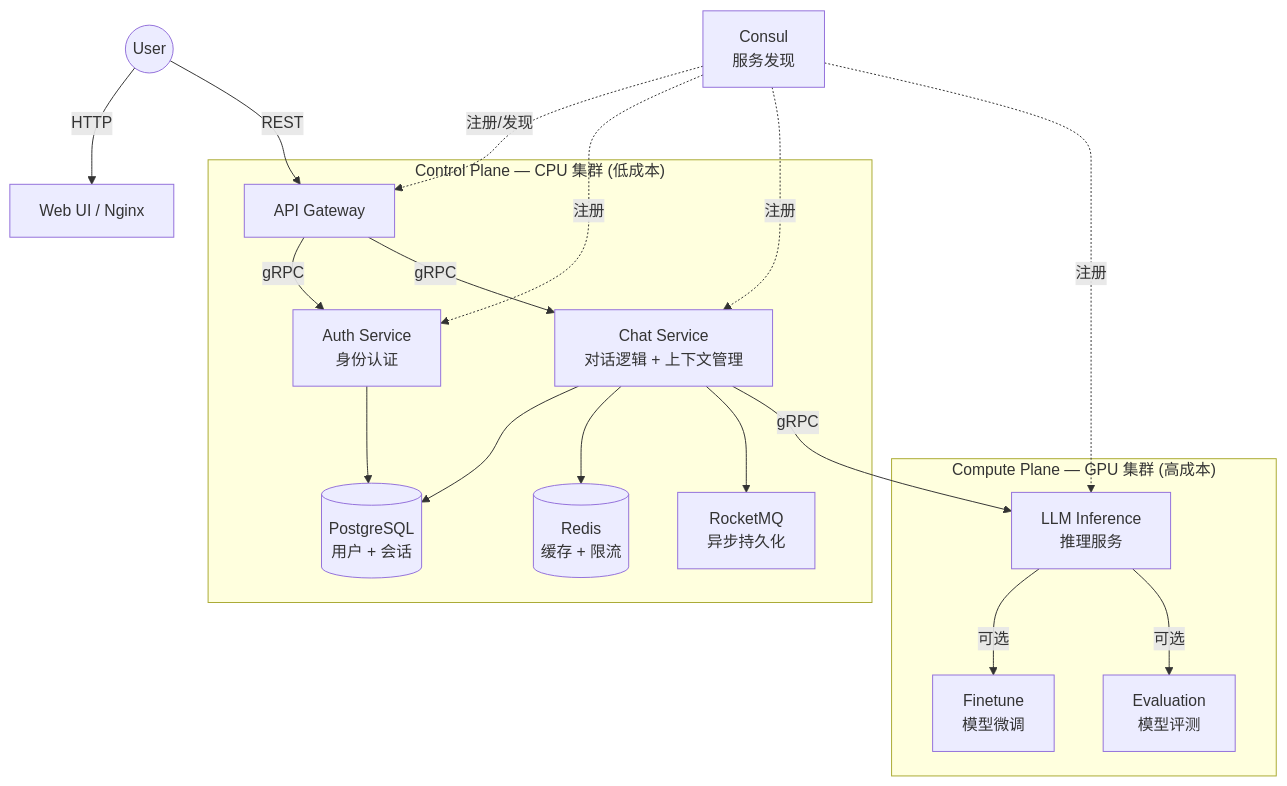
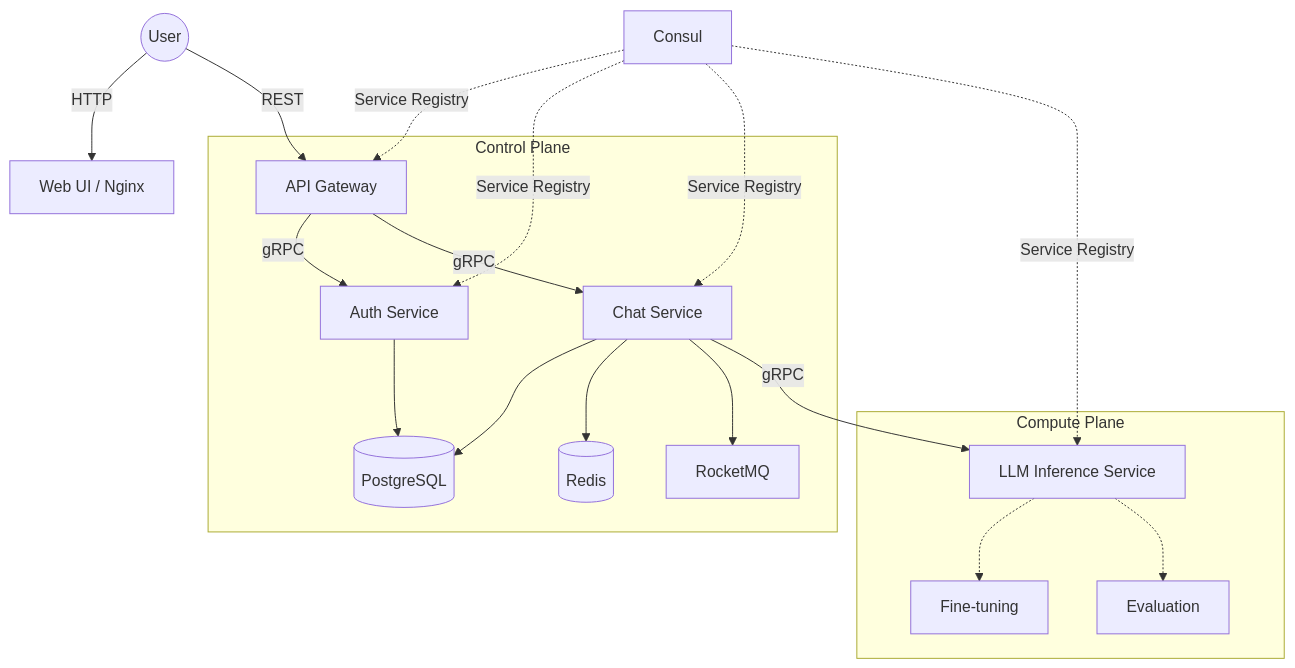
The first of 2 diagrams in README.md (Einspanner123/free-chat), drawn with Mermaid before and after one commit. The commit also changed other lines of this file and 1 other file, not shown here.

````diff
--- a/README.md
+++ b/README.md
@@ -22,25 +9,25 @@
 ```mermaid
 graph TD
     User((User)) -->|HTTP| WebUI[Web UI / Nginx]
     User -->|REST| Gateway[API Gateway]
     
-    subgraph "Control Plane — CPU 集群 (低成本)"
-        Gateway -->|gRPC| Auth[Auth Service<br/>身份认证]
-        Gateway -->|gRPC| Chat[Chat Service<br/>对话逻辑 + 上下文管理]
-        Auth --> DB[(PostgreSQL<br/>用户 + 会话)]
+    subgraph "Control Plane"
+        Gateway -->|gRPC| Auth[Auth Service]
+        Gateway -->|gRPC| Chat[Chat Service]
+        Auth --> DB[(PostgreSQL)]
         Chat --> DB
-        Chat --> Redis[(Redis<br/>缓存 + 限流)]
-        Chat --> MQ[RocketMQ<br/>异步持久化]
+        Chat --> Redis[(Redis)]
+        Chat --> MQ[RocketMQ]
     end
     
-    subgraph "Compute Plane — GPU 集群 (高成本)"
-        Chat -->|gRPC| LLM[LLM Inference<br/>推理服务]
-        LLM -->|可选| Finetune[Finetune<br/>模型微调]
-        LLM -->|可选| Eval[Evaluation<br/>模型评测]
+    subgraph "Compute Plane"
+        Chat -->|gRPC| LLM[LLM Inference Service]
+        LLM -.-> Finetune[Fine-tuning]
+        LLM -.-> Evaluation[Evaluation]
     end
     
-    Consul[Consul<br/>服务发现] -.->|注册/发现| Gateway
-    Consul -.->|注册| Auth
-    Consul -.->|注册| Chat
-    Consul -.->|注册| LLM
+    Consul[Consul] -.->|Service Registry| Gateway
+    Consul -.->|Service Registry| Auth
+    Consul -.->|Service Registry| Chat
+    Consul -.->|Service Registry| LLM
 ```
````
